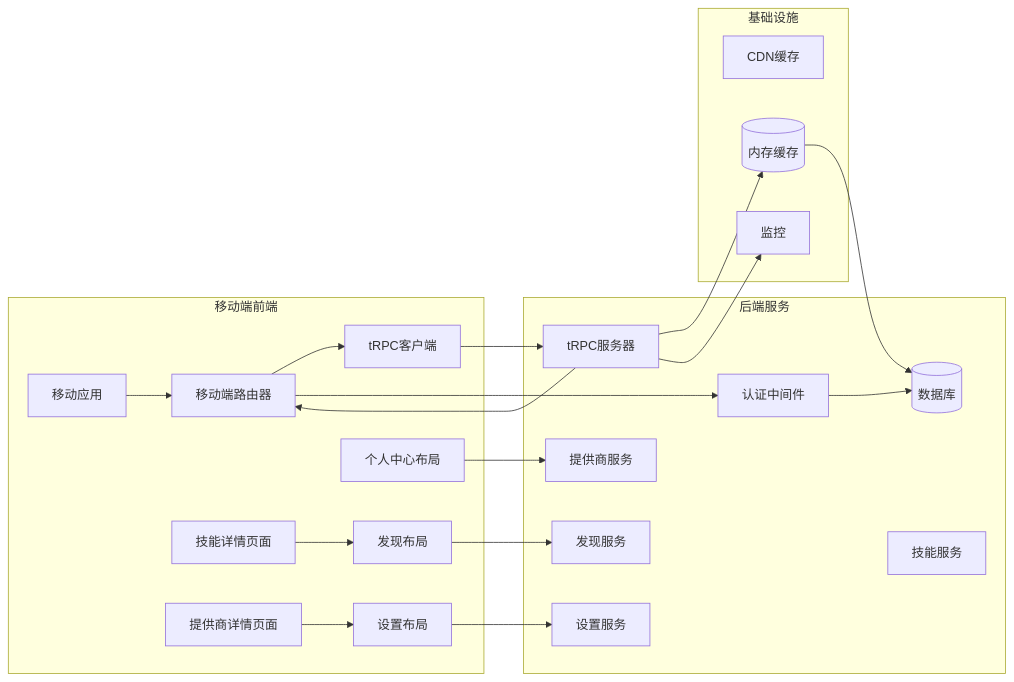
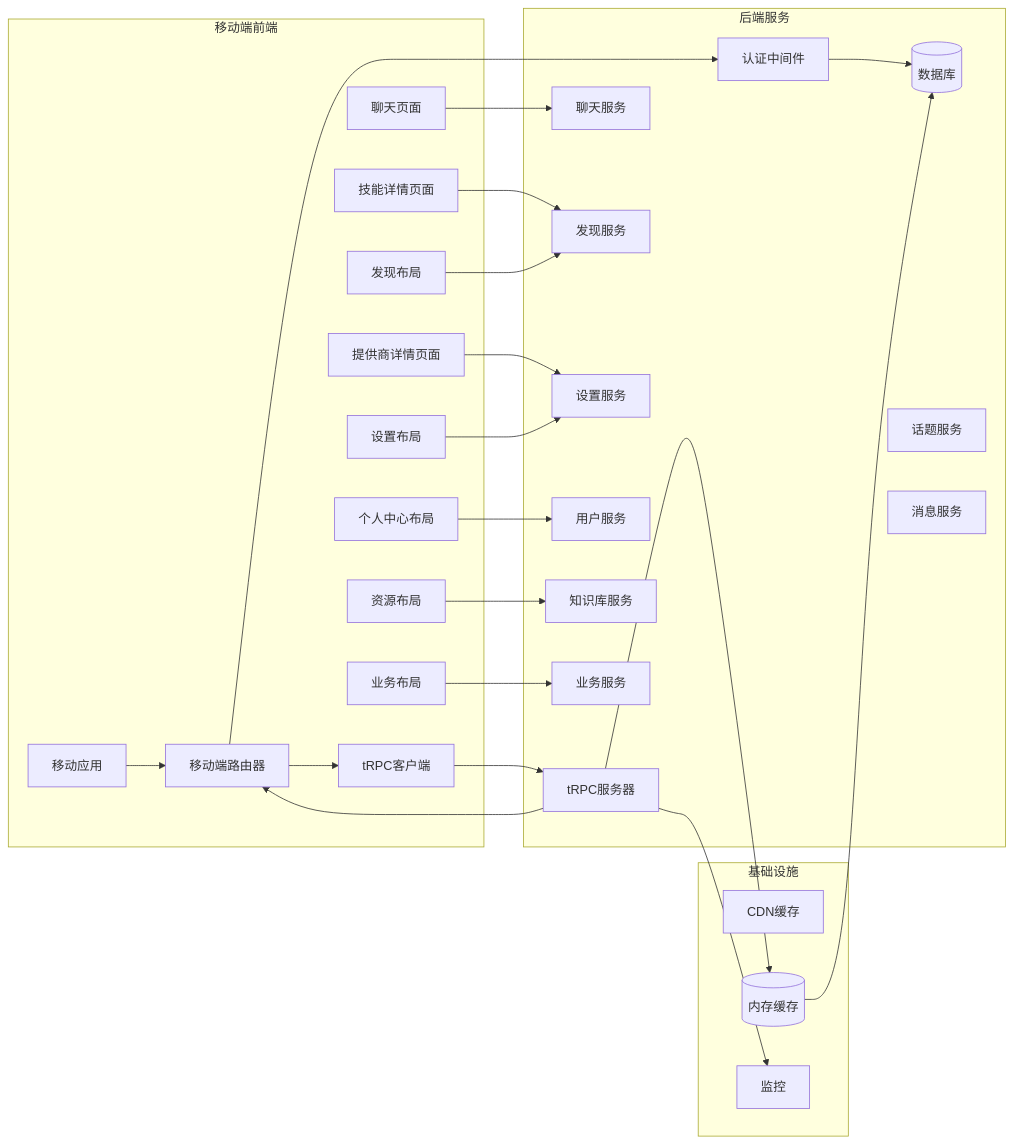
Before and after one commit to AvatoLabs/avato: the fifth of 12 diagrams in .qoder/repowiki/zh/content/API 接口文档/tRPC 接口规范/移动端路由模块.md, drawn with Mermaid. The commit also changed other lines of this file and 26 other files, not shown here.

First line of the commit message:
✨ feat: implement complete Skill Detail screen with Markdown, syntax highlighting, and actions

````diff
--- a/.qoder/repowiki/zh/content/API 接口文档/tRPC 接口规范/移动端路由模块.md
+++ b/.qoder/repowiki/zh/content/API 接口文档/tRPC 接口规范/移动端路由模块.md
@@ -183,42 +196,52 @@
 ```mermaid
 graph LR
 subgraph "移动端前端"
 MobileApp[移动应用]
 MobileRouter[移动端路由]
 TRPCClient[tRPC客户端]
+ChatPage[聊天页面]
 SkillDetail[技能详情页面]
 ProviderDetail[提供商详情页面]
 DiscoverLayout[发现布局]
 SettingsLayout[设置布局]
 MeLayout[个人中心布局]
+ResourceLayout[资源布局]
+BusinessLayout[业务布局]
 end
 subgraph "后端服务"
 TRPCServer[tRPC服务器]
 MobileRouter[移动端路由器]
 Auth[认证中间件]
 DB[(数据库)]
-SkillService[技能服务]
-ProviderService[提供商服务]
+ChatService[聊天服务]
+TopicService[话题服务]
+MessageService[消息服务]
 DiscoverService[发现服务]
 SettingsService[设置服务]
+UserService[用户服务]
+KnowledgeBaseService[知识库服务]
+BusinessService[业务服务]
 end
 subgraph "基础设施"
 CDN[CDN缓存]
 Cache[(内存缓存)]
 Metrics[监控]
 end
 MobileApp --> MobileRouter
 MobileRouter --> TRPCClient
 TRPCClient --> TRPCServer
 TRPCServer --> MobileRouter
 MobileRouter --> Auth
 Auth --> DB
 TRPCServer --> Cache
 Cache --> DB
 TRPCServer --> Metrics
-SkillDetail --> DiscoverLayout
-ProviderDetail --> SettingsLayout
+ChatPage --> ChatService
+SkillDetail --> DiscoverService
+ProviderDetail --> SettingsService
 DiscoverLayout --> DiscoverService
 SettingsLayout --> SettingsService
-MeLayout --> ProviderService
+MeLayout --> UserService
+ResourceLayout --> KnowledgeBaseService
+BusinessLayout --> BusinessService
 ```
````
